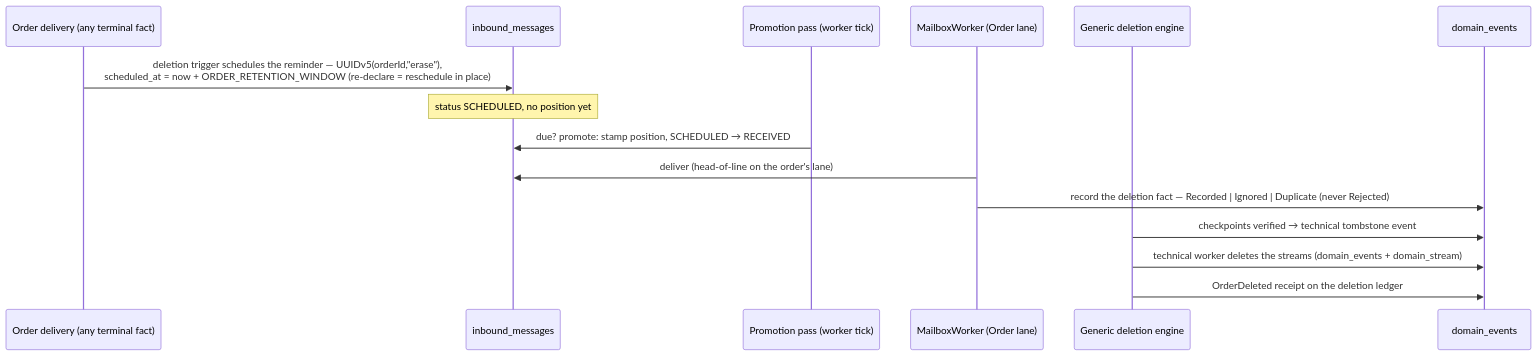
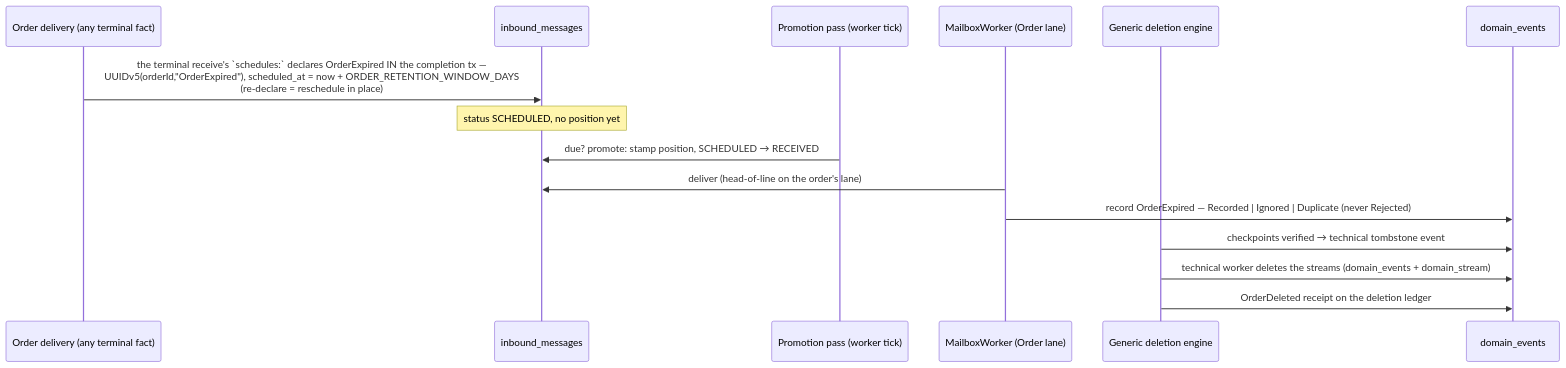
Before and after one commit to TheCaptainCompany/captain-food: the fourth of 4 diagrams in docs/proposals/PROP-20260731-195500-runtime-d-pm-mailboxes-and-reminders.md, drawn with Mermaid. The commit also changed other lines of this file and 71 other files, not shown here.

````diff
--- a/docs/proposals/PROP-20260731-195500-runtime-d-pm-mailboxes-and-reminders.md
+++ b/docs/proposals/PROP-20260731-195500-runtime-d-pm-mailboxes-and-reminders.md
@@ -154,18 +253,18 @@
 ```mermaid
 sequenceDiagram
     participant O as Order delivery (any terminal fact)
     participant M as inbound_messages
     participant P as Promotion pass (worker tick)
     participant W as MailboxWorker (Order lane)
     participant E as Generic deletion engine
     participant L as domain_events
 
-    O->>M: deletion trigger schedules the reminder — UUIDv5(orderId,"erase"),<br/>scheduled_at = now + ORDER_RETENTION_WINDOW (re-declare = reschedule in place)
+    O->>M: the terminal receive's `schedules:` declares OrderExpired IN the completion tx —<br/>UUIDv5(orderId,"OrderExpired"), scheduled_at = now + ORDER_RETENTION_WINDOW_DAYS<br/>(re-declare = reschedule in place)
     Note over M: status SCHEDULED, no position yet
     P->>M: due? promote: stamp position, SCHEDULED → RECEIVED
     W->>M: deliver (head-of-line on the order's lane)
-    W->>L: record the deletion fact — Recorded | Ignored | Duplicate (never Rejected)
+    W->>L: record OrderExpired — Recorded | Ignored | Duplicate (never Rejected)
     E->>L: checkpoints verified → technical tombstone event
     E->>L: technical worker deletes the streams (domain_events + domain_stream)
     E->>L: OrderDeleted receipt on the deletion ledger
 ```
````
